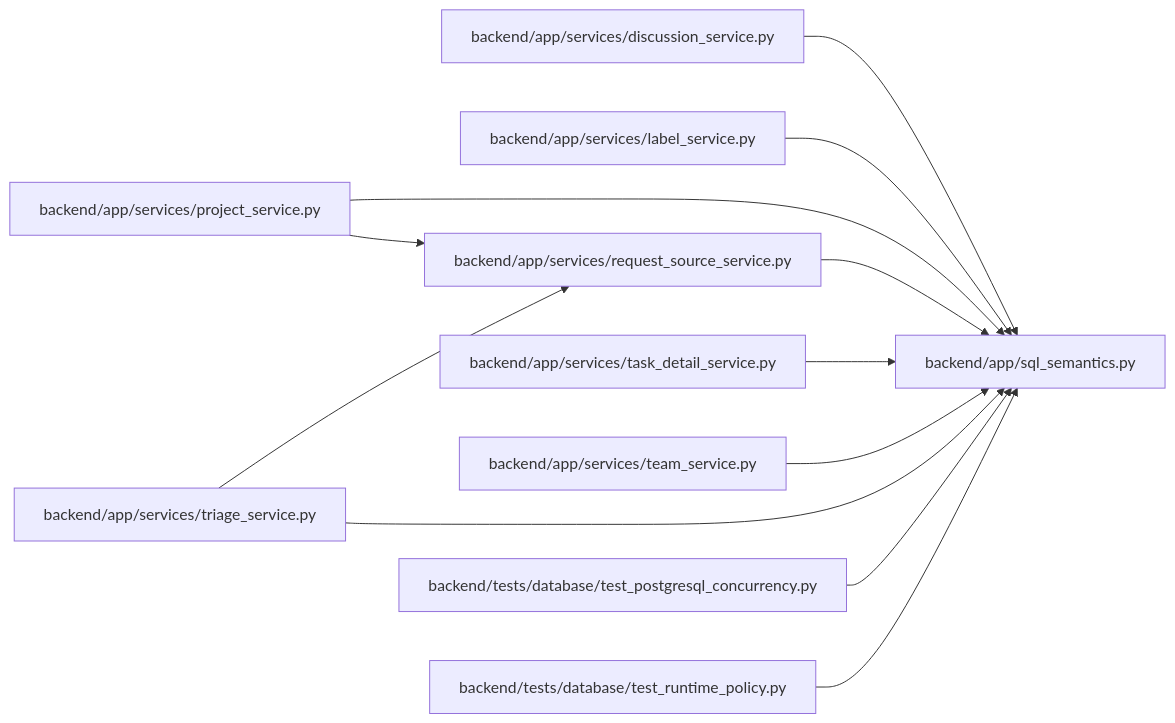
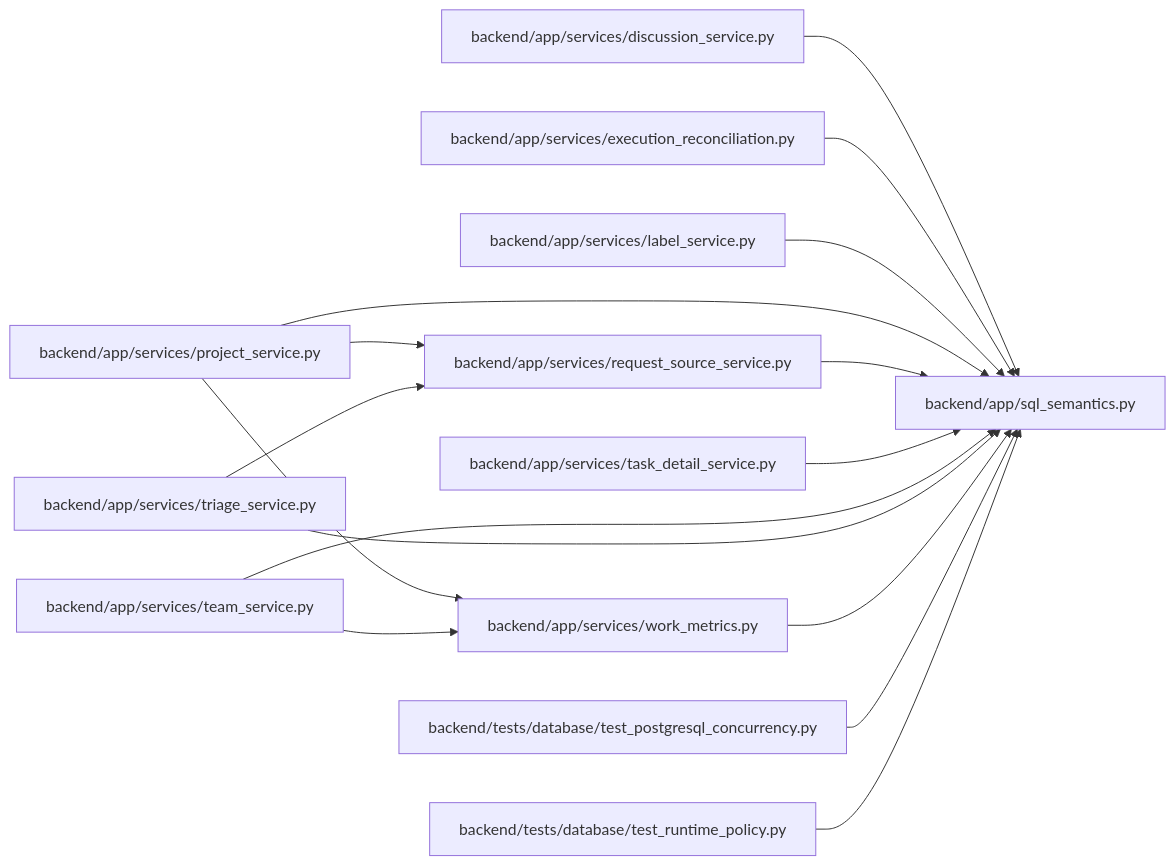
One commit to Denissvgn/WorkChord changed the diagram in docs/llm_wiki/modules/sql_semantics.md. Above: the diagram before and after it, drawn with Mermaid. The commit also changed other lines of this file and 581 other files, not shown here.

Commit message:
Sync the architectural wiki for independent review evidence

````diff
--- a/docs/llm_wiki/modules/sql_semantics.md
+++ b/docs/llm_wiki/modules/sql_semantics.md
@@ -21,34 +21,42 @@
 ```mermaid
 flowchart LR
     n0["backend/app/services/discussion_service.py"]
-    n1["backend/app/services/label_service.py"]
-    n2["backend/app/services/project_service.py"]
-    n3["backend/app/services/request_source_service.py"]
-    n4["backend/app/services/task_detail_service.py"]
-    n5["backend/app/services/team_service.py"]
-    n6["backend/app/services/triage_service.py"]
-    n7["backend/app/sql_semantics.py"]
-    n8["backend/tests/database/test_postgresql_concurrency.py"]
-    n9["backend/tests/database/test_runtime_policy.py"]
-    n0 --> n7
-    n1 --> n7
-    n2 --> n3
-    n2 --> n7
-    n3 --> n7
-    n4 --> n7
-    n5 --> n7
-    n6 --> n3
-    n6 --> n7
-    n8 --> n7
-    n9 --> n7
+    n1["backend/app/services/execution_reconciliation.py"]
+    n2["backend/app/services/label_service.py"]
+    n3["backend/app/services/project_service.py"]
+    n4["backend/app/services/request_source_service.py"]
+    n5["backend/app/services/task_detail_service.py"]
+    n6["backend/app/services/team_service.py"]
+    n7["backend/app/services/triage_service.py"]
+    n8["backend/app/services/work_metrics.py"]
+    n9["backend/app/sql_semantics.py"]
+    n10["backend/tests/database/test_postgresql_concurrency.py"]
+    n11["backend/tests/database/test_runtime_policy.py"]
+    n0 --> n9
+    n1 --> n9
+    n2 --> n9
+    n3 --> n4
+    n3 --> n8
+    n3 --> n9
+    n4 --> n9
+    n5 --> n9
+    n6 --> n8
+    n6 --> n9
+    n7 --> n4
+    n7 --> n9
+    n8 --> n9
+    n10 --> n9
+    n11 --> n9
     click n0 "../modules/discussion_service.md"
-    click n1 "../modules/label_service.md"
-    click n2 "../modules/project_service.md"
-    click n3 "../modules/request_source_service.md"
-    click n4 "../modules/task_detail_service.md"
-    click n5 "../modules/team_service.md"
-    click n6 "../modules/triage_service.md"
-    click n7 "../modules/sql_semantics.md"
-    click n8 "../modules/test_postgresql_concurrency.md"
-    click n9 "../modules/test_runtime_policy.md"
+    click n1 "../modules/execution_reconciliation.md"
+    click n2 "../modules/label_service.md"
+    click n3 "../modules/project_service.md"
+    click n4 "../modules/request_source_service.md"
+    click n5 "../modules/task_detail_service.md"
+    click n6 "../modules/team_service.md"
+    click n7 "../modules/triage_service.md"
+    click n8 "../modules/services_work_metrics.md"
+    click n9 "../modules/sql_semantics.md"
+    click n10 "../modules/test_postgresql_concurrency.md"
+    click n11 "../modules/test_runtime_policy.md"
 ```
````
